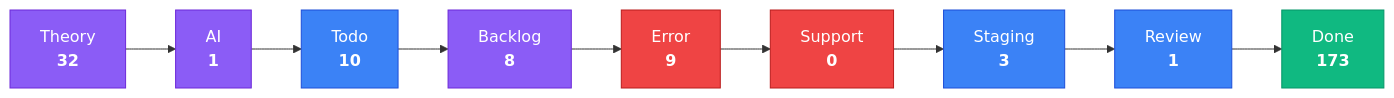
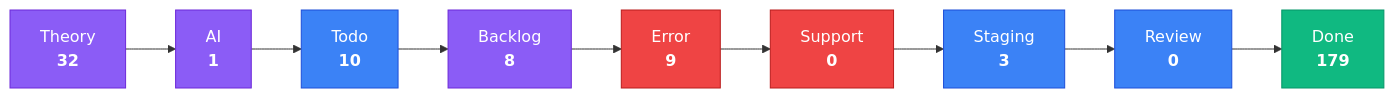
Before and after one commit to KBVE/kbve: the third of 4 diagrams in apps/kbve/astro-kbve/src/content/docs/dashboard/kanban-data.mdx, drawn with Mermaid. The commit also changed other lines of this file and 8 other files, not shown here.

````diff
--- a/apps/kbve/astro-kbve/src/content/docs/dashboard/kanban-data.mdx
+++ b/apps/kbve/astro-kbve/src/content/docs/dashboard/kanban-data.mdx
@@ -80,28 +79,28 @@
 ```mermaid
 flowchart LR
     classDef planning fill:#8b5cf6,stroke:#6d28d9,color:#fff
     classDef active fill:#3b82f6,stroke:#1d4ed8,color:#fff
     classDef blocked fill:#ef4444,stroke:#b91c1c,color:#fff
     classDef done fill:#10b981,stroke:#059669,color:#fff
     Theory["Theory<br/><strong>32</strong>"]
     Theory --> AI
     AI["AI<br/><strong>1</strong>"]
     AI --> Todo
     Todo["Todo<br/><strong>10</strong>"]
     Todo --> Backlog
     Backlog["Backlog<br/><strong>8</strong>"]
     Backlog --> Error
     Error["Error<br/><strong>9</strong>"]
     Error --> Support
     Support["Support<br/><strong>0</strong>"]
     Support --> Staging
     Staging["Staging<br/><strong>3</strong>"]
     Staging --> Review
-    Review["Review<br/><strong>1</strong>"]
+    Review["Review<br/><strong>0</strong>"]
     Review --> Done
-    Done["Done<br/><strong>173</strong>"]
+    Done["Done<br/><strong>179</strong>"]
     class Theory,AI,Backlog planning
     class Todo,Staging,Review active
     class Error,Support blocked
     class Done done
 ```
````
